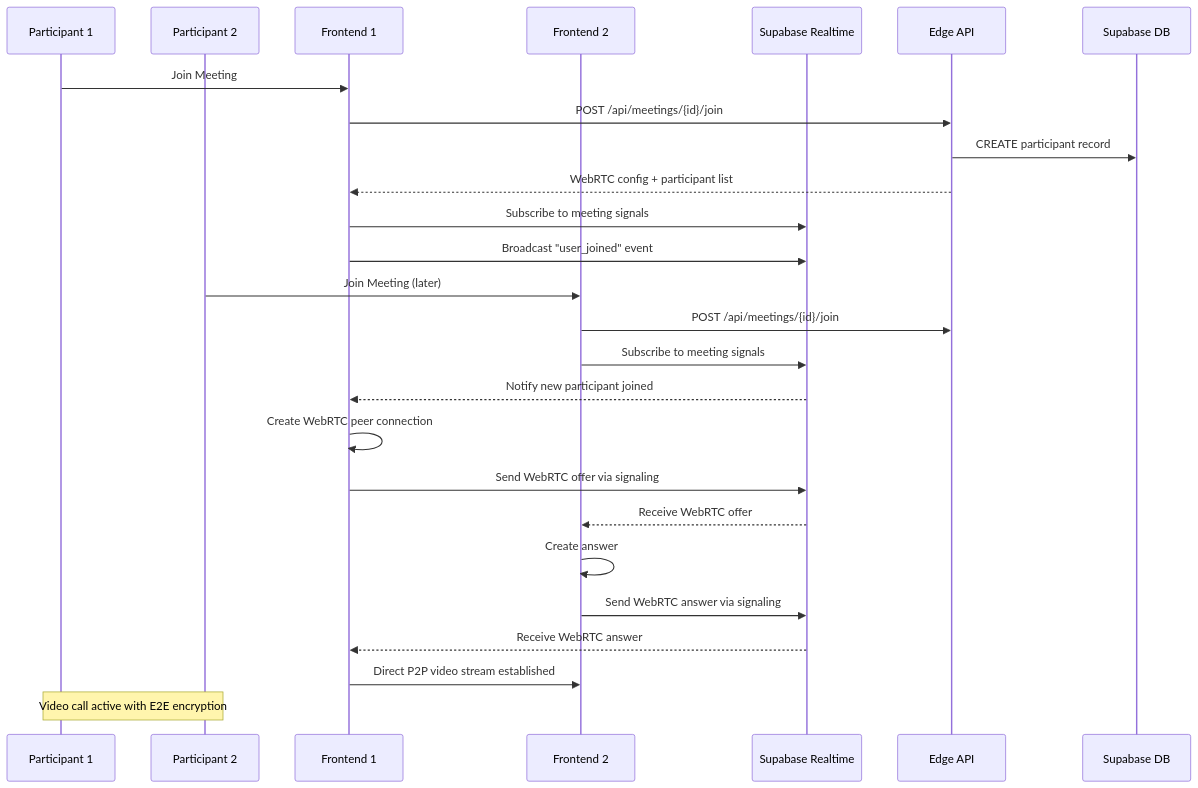
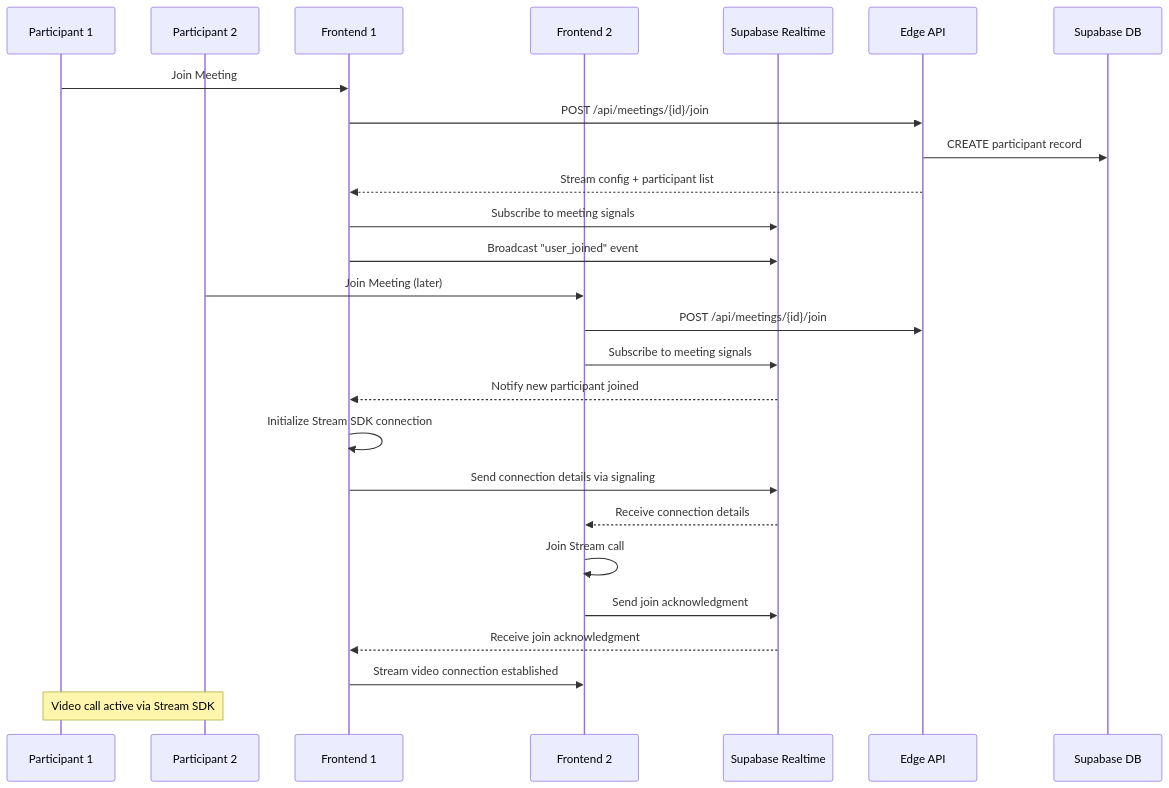
The third of 6 diagrams in docs/architecture.md (app-meetsolis/meetsolis), drawn with Mermaid before and after one commit. The commit also changed other lines of this file and 12 other files, not shown here.

First line of the commit message:
refactor: migrate from WebRTC to Stream SDK across all documentation

````diff
--- a/docs/architecture.md
+++ b/docs/architecture.md
@@ -610,35 +609,35 @@
 ```mermaid
 sequenceDiagram
     participant P1 as Participant 1
     participant P2 as Participant 2
     participant FE1 as Frontend 1
     participant FE2 as Frontend 2
     participant RT as Supabase Realtime
     participant API as Edge API
     participant DB as Supabase DB
 
     P1->>FE1: Join Meeting
     FE1->>API: POST /api/meetings/{id}/join
     API->>DB: CREATE participant record
-    API-->>FE1: WebRTC config + participant list
+    API-->>FE1: Stream config + participant list
 
     FE1->>RT: Subscribe to meeting signals
     FE1->>RT: Broadcast "user_joined" event
 
     P2->>FE2: Join Meeting (later)
     FE2->>API: POST /api/meetings/{id}/join
     FE2->>RT: Subscribe to meeting signals
 
     RT-->>FE1: Notify new participant joined
-    FE1->>FE1: Create WebRTC peer connection
-    FE1->>RT: Send WebRTC offer via signaling
+    FE1->>FE1: Initialize Stream SDK connection
+    FE1->>RT: Send connection details via signaling
 
-    RT-->>FE2: Receive WebRTC offer
-    FE2->>FE2: Create answer
-    FE2->>RT: Send WebRTC answer via signaling
+    RT-->>FE2: Receive connection details
+    FE2->>FE2: Join Stream call
+    FE2->>RT: Send join acknowledgment
 
-    RT-->>FE1: Receive WebRTC answer
-    FE1->>FE2: Direct P2P video stream established
+    RT-->>FE1: Receive join acknowledgment
+    FE1->>FE2: Stream video connection established
 
-    Note over P1,P2: Video call active with E2E encryption
+    Note over P1,P2: Video call active via Stream SDK
 ```
````
